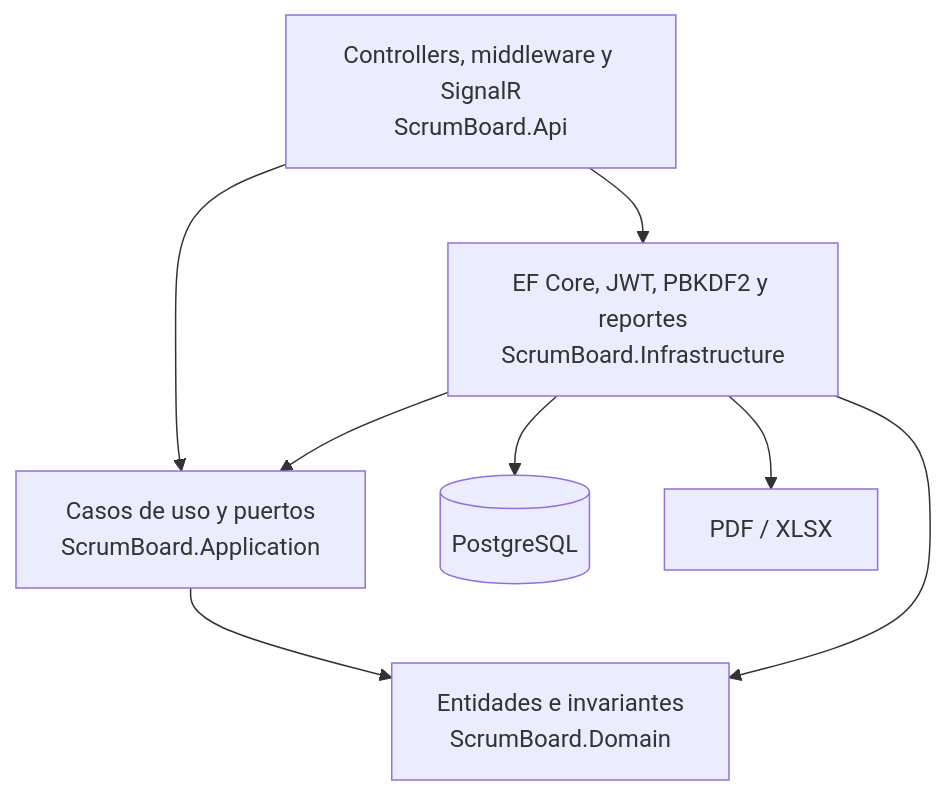
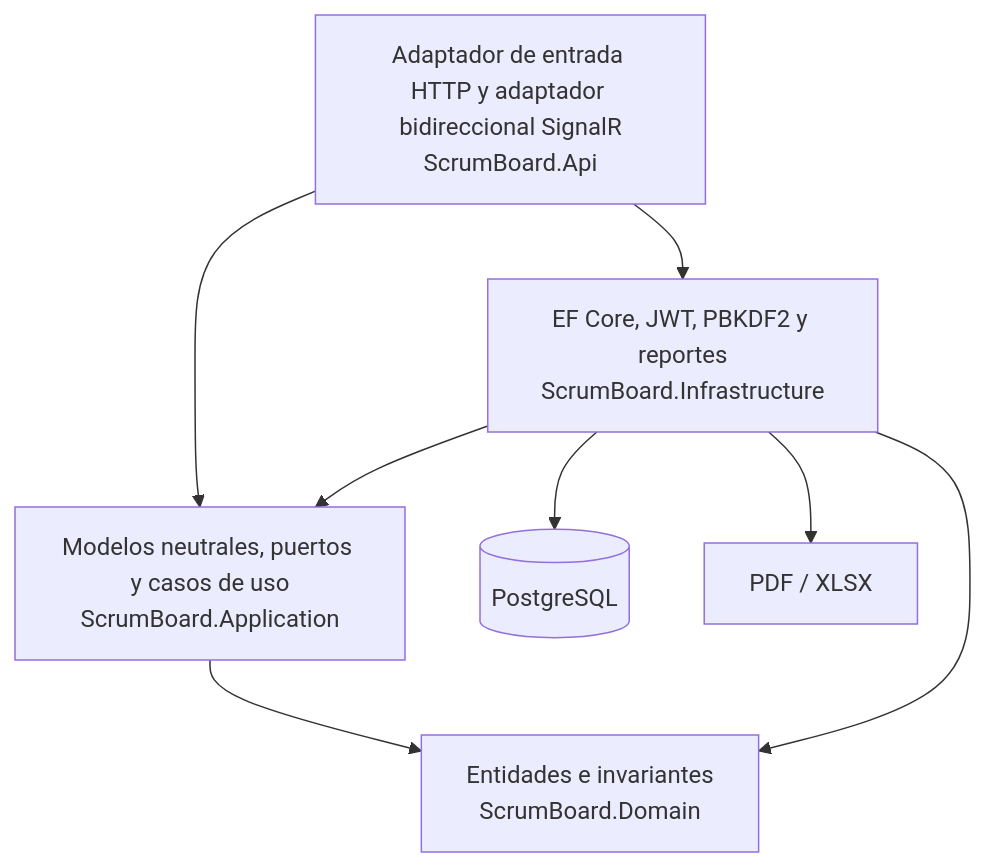
Before and after one commit to DRTX2/scrumboard: the second of 3 diagrams in docs/architecture.md, drawn with Mermaid. The commit also changed other lines of this file and 3 other files, not shown here.

Commit message:
docs: describe canonical architecture and operations

````diff
--- a/docs/architecture.md
+++ b/docs/architecture.md
@@ -30,17 +30,17 @@
 ```mermaid
 flowchart TB
-    HTTP[Controllers, middleware y SignalR\nScrumBoard.Api]
-    APP[Casos de uso y puertos\nScrumBoard.Application]
+    HTTP[Adaptador de entrada HTTP y adaptador bidireccional SignalR\nScrumBoard.Api]
+    APP[Modelos neutrales, puertos y casos de uso\nScrumBoard.Application]
     DOMAIN[Entidades e invariantes\nScrumBoard.Domain]
     INFRA[EF Core, JWT, PBKDF2 y reportes\nScrumBoard.Infrastructure]
     PG[(PostgreSQL)]
     FILES[PDF / XLSX]
 
     HTTP --> APP
     APP --> DOMAIN
     INFRA --> APP
     INFRA --> DOMAIN
     HTTP --> INFRA
     INFRA --> PG
     INFRA --> FILES
 ```
````
